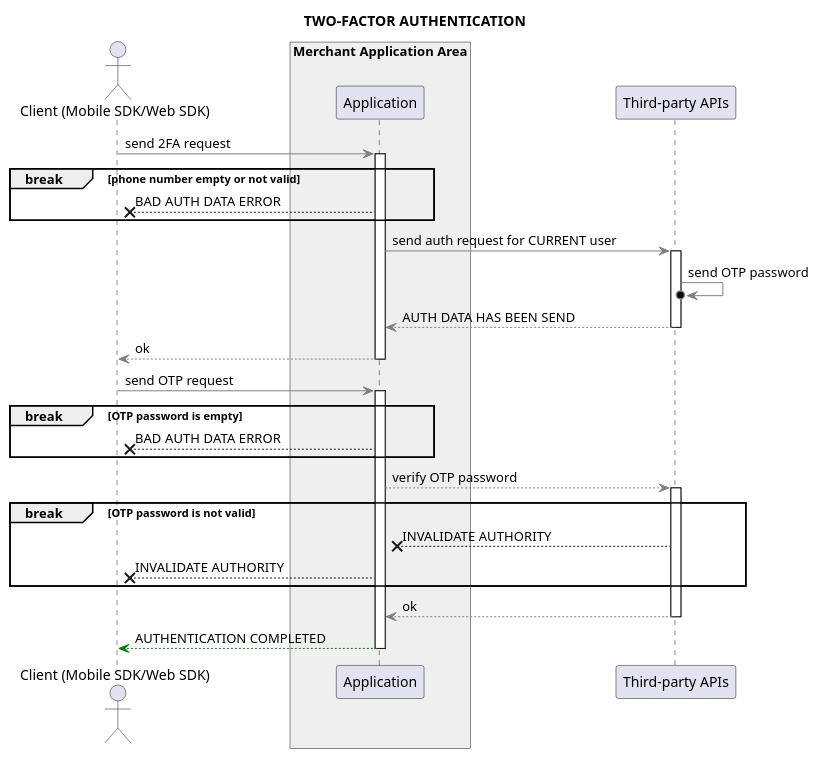
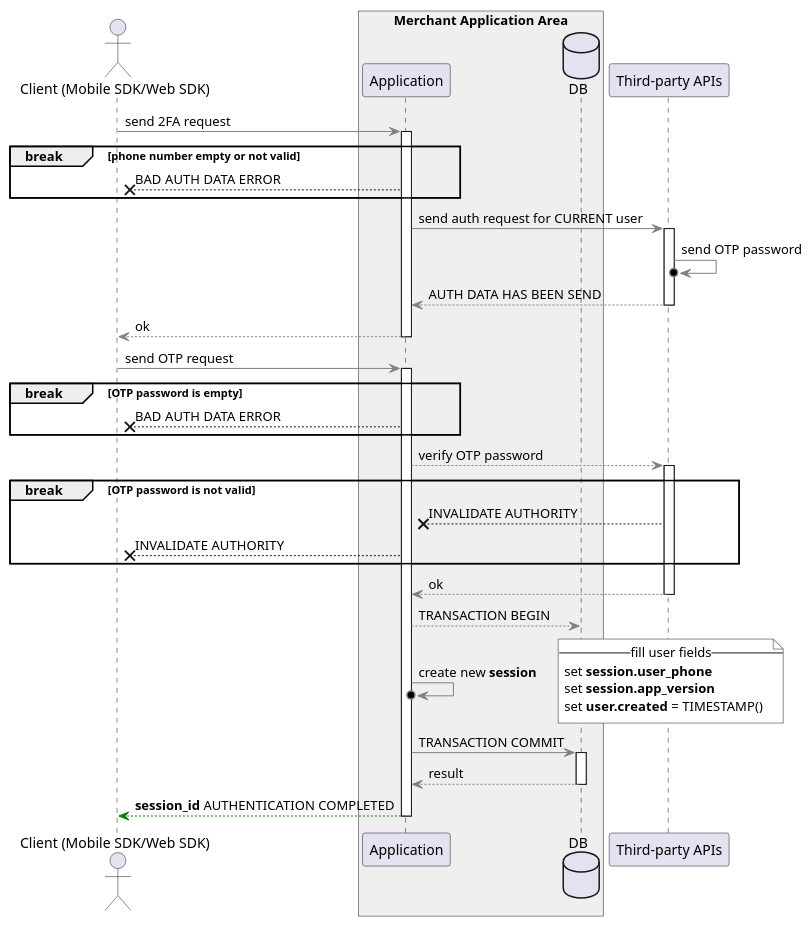
One commit to DjFact/kyc-docs changed the diagram in docs/modules/how-it-works/pages/2fa.adoc. Above: the diagram before and after it, drawn with PlantUML. The commit also changed other lines of this file and 10 other files, not shown here.

```diff
--- a/docs/modules/how-it-works/pages/2fa.adoc
+++ b/docs/modules/how-it-works/pages/2fa.adoc
@@ -3,40 +15,52 @@
 [plantuml,format=svg,role=sequence]
 ----
 @startuml
-title TWO-FACTOR AUTHENTICATION
 
     actor "Client (Mobile SDK/Web SDK)" as Client
     box "Merchant Application Area" #efefef
         participant "Application" as Server
+        database "DB" as DB
     end box
     participant "Third-party APIs" as API
 
     Client -[#gray]> Server : send 2FA request
     activate Server
     break phone number empty or not valid
         Server --x Client : BAD AUTH DATA ERROR
     end
     Server -[#gray]> API : send auth request for CURRENT user
     activate API
     API -[#gray]>o API : send OTP password
     API -[#gray]-> Server : AUTH DATA HAS BEEN SEND
     deactivate API
     Server -[#gray]-> Client : ok
     deactivate Server
     Client -[#gray]> Server : send OTP request
     activate Server
     break OTP password is empty
         Server --x Client : BAD AUTH DATA ERROR
     end
     Server -[#gray]-> API : verify OTP password
     activate API
     break OTP password is not valid
         API --x Server : INVALIDATE AUTHORITY
         Server --x Client : INVALIDATE AUTHORITY
     end
     API -[#gray]-> Server : ok
     deactivate API
-    Server -[#green]-> Client : AUTHENTICATION COMPLETED
+    Server -[#gray]-> DB : TRANSACTION BEGIN
+    Server -[#gray]>o Server : create new <b>session</b>
+    note right #ffffff
+        --fill user fields--
+        set <b>session.user_phone</b>
+        set <b>session.app_version</b>
+        set <b>user.created</b> = TIMESTAMP()
+    end note
+    Server -[#gray]> DB : TRANSACTION COMMIT
+    activate DB
+        DB -[#gray]-> Server : result
+    deactivate DB
+    Server -[#green]-> Client : <b>session_id</b> AUTHENTICATION COMPLETED
     deactivate Server
 @enduml
 ----
```
